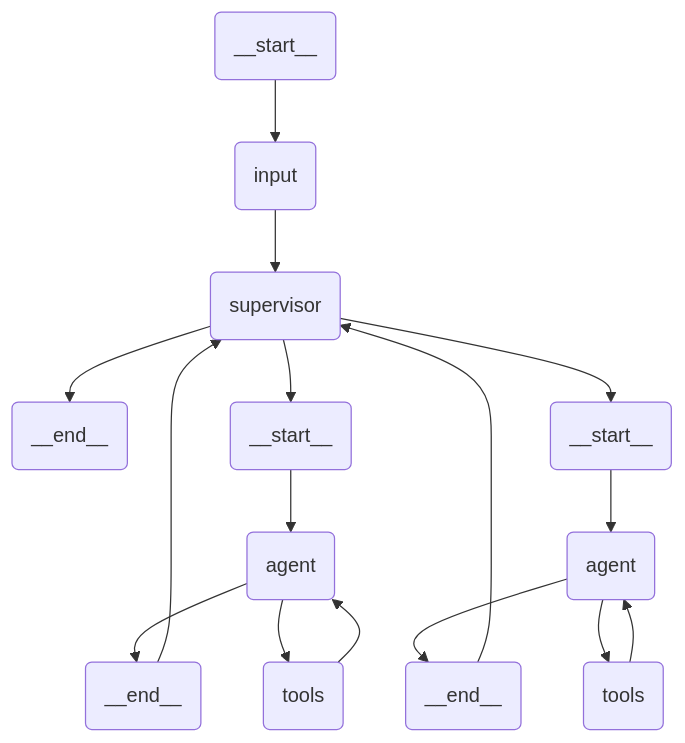
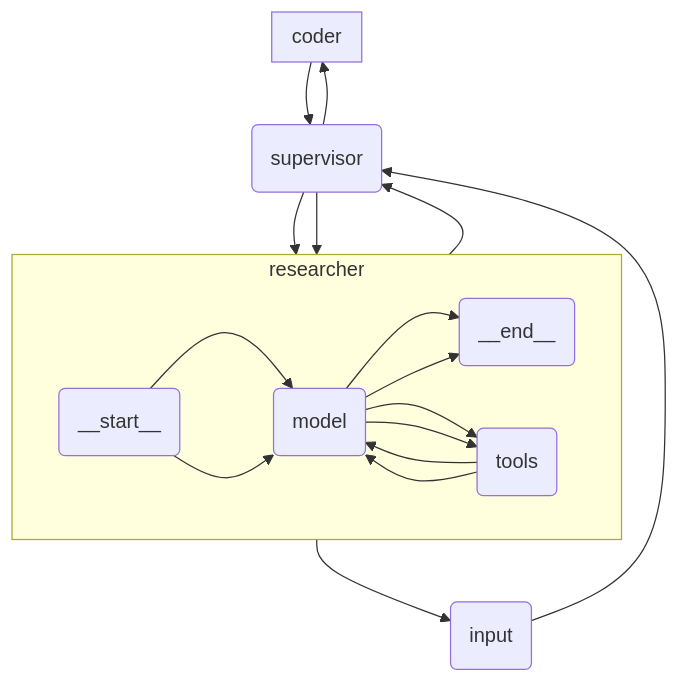
The diagram in samples/multi-agent-supervisor-researcher-coder/agent.mermaid (UiPath/uipath-langchain-python), drawn with Mermaid before and after one commit. The commit also changed 21 other files, not shown here.

Commit message:
fix: schema gen with conditional edges

```diff
--- a/samples/multi-agent-supervisor-researcher-coder/agent.mermaid
+++ b/samples/multi-agent-supervisor-researcher-coder/agent.mermaid
@@ -1,28 +1,34 @@
 flowchart TB
   __start__(__start__)
   input(input)
   supervisor(supervisor)
   __end__(__end__)
-  researcher:__start__(__start__)
-  researcher:agent(agent)
-  researcher:tools(tools)
-  researcher:__end__(__end__)
-  coder:__start__(__start__)
-  coder:agent(agent)
-  coder:tools(tools)
-  coder:__end__(__end__)
   __start__ --> input
-  coder:__end__ --> supervisor
+  coder --> supervisor
   input --> supervisor
-  researcher:__end__ --> supervisor
-  supervisor --> coder:__start__
-  supervisor --> researcher:__start__
+  researcher --> supervisor
   supervisor --> __end__
-  researcher:__start__ --> researcher:agent
-  researcher:agent --> researcher:__end__
-  researcher:agent --> researcher:tools
-  researcher:tools --> researcher:agent
-  coder:__start__ --> coder:agent
-  coder:agent --> coder:__end__
-  coder:agent --> coder:tools
-  coder:tools --> coder:agent
+  supervisor --> coder
+  supervisor --> researcher
+  subgraph researcher [researcher]
+    direction LR
+    __start__(__start__)
+    model(model)
+    tools(tools)
+    __end__(__end__)
+    __start__ --> model
+    model --> __end__
+    model --> tools
+    tools --> model
+  end
+  subgraph coder [coder]
+    direction LR
+    __start__(__start__)
+    model(model)
+    tools(tools)
+    __end__(__end__)
+    __start__ --> model
+    model --> __end__
+    model --> tools
+    tools --> model
+  end
```
